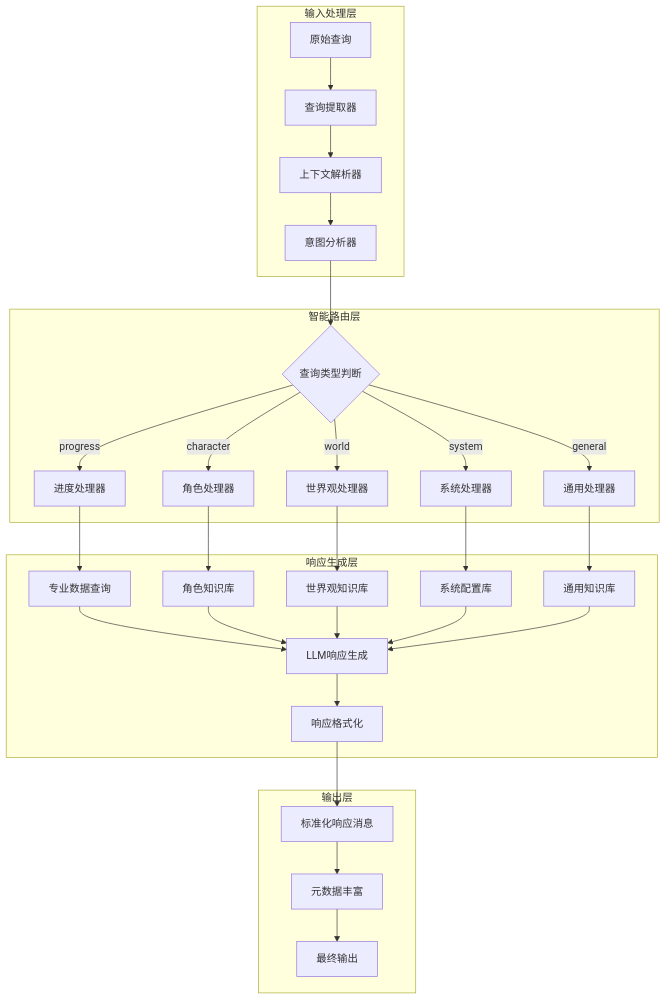
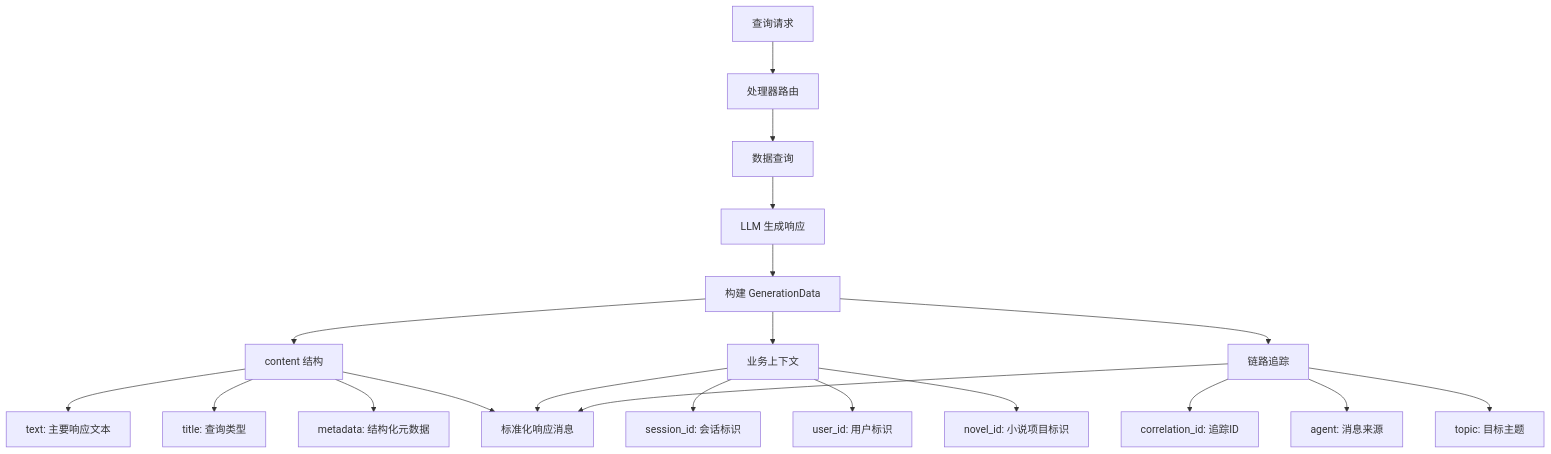
One commit to zhiyue/infinite-scribe changed the sixth of 9 diagrams in apps/backend/src/agents/inquiry/README.md. Above: the diagram before and after it, drawn with Mermaid. The commit also changed other lines of this file, not shown here.

First line of the commit message:
docs: update InquiryAgent README with Outbox pattern and event-driven architecture

````diff
--- a/apps/backend/src/agents/inquiry/README.md
+++ b/apps/backend/src/agents/inquiry/README.md
@@ -347,39 +354,26 @@
 ```mermaid
 graph TD
-    subgraph "输入处理层"
-        A[原始查询] --> B[查询提取器]
-        B --> C[上下文解析器]
-        C --> D[意图分析器]
-    end
+    A[查询请求] --> B[处理器路由]
+    B --> C[数据查询]
+    C --> D[LLM 生成响应]
+    D --> E[构建 GenerationData]
     
-    subgraph "智能路由层"
-        D --> E{查询类型判断}
-        E -->|progress| F[进度处理器]
-        E -->|character| G[角色处理器]
-        E -->|world| H[世界观处理器]
-        E -->|system| I[系统处理器]
-        E -->|general| J[通用处理器]
-    end
+    E --> F[content 结构]
+    F --> F1[text: 主要响应文本]
+    F --> F2[title: 查询类型]
+    F --> F3[metadata: 结构化元数据]
     
-    subgraph "响应生成层"
-        F --> K[专业数据查询]
-        G --> L[角色知识库]
-        H --> M[世界观知识库]
-        I --> N[系统配置库]
-        J --> O[通用知识库]
-        
-        K --> P[LLM响应生成]
-        L --> P
-        M --> P
-        N --> P
-        O --> P
-        
-        P --> Q[响应格式化]
-    end
+    E --> G[业务上下文]
+    G --> G1[session_id: 会话标识]
+    G --> G2[user_id: 用户标识]
+    G --> G3[novel_id: 小说项目标识]
     
-    subgraph "输出层"
-        Q --> R[标准化响应消息]
-        R --> S[元数据丰富]
-        S --> T[最终输出]
-    end
+    E --> H[链路追踪]
+    H --> H1[correlation_id: 追踪ID]
+    H --> H2[agent: 消息来源]
+    H --> H3[topic: 目标主题]
+    
+    F --> I[标准化响应消息]
+    G --> I
+    H --> I
 ```
````
